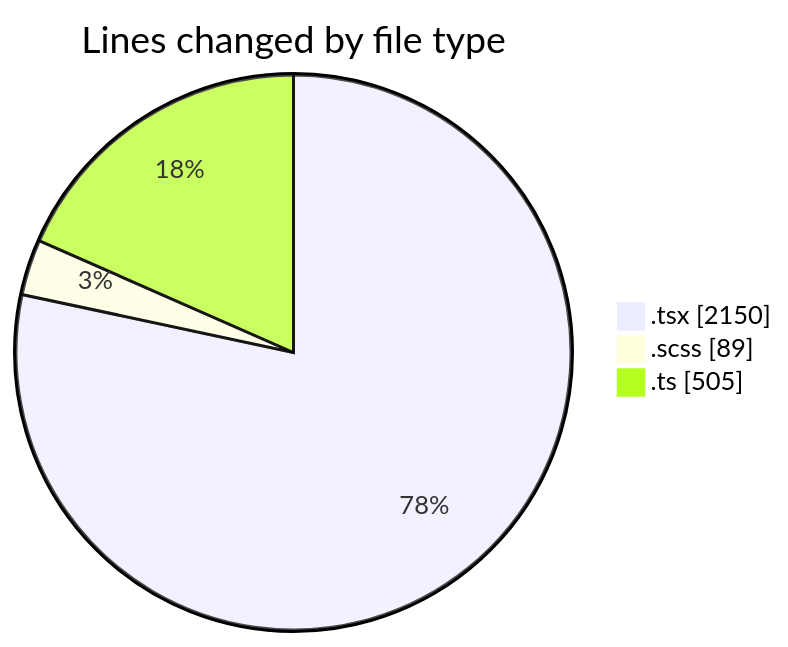
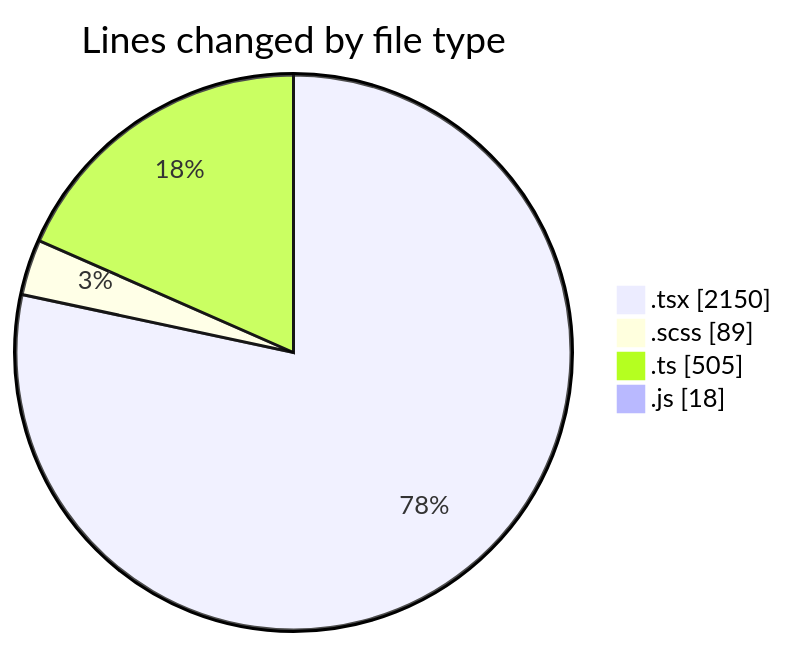
Before and after one commit to momahboobian/code-tracking: the first of 2 diagrams in 2025-06-17/cda/README.md, drawn with Mermaid. The commit also changed other lines of this file and 1 other file, not shown here.

````diff
--- a/2025-06-17/cda/README.md
+++ b/2025-06-17/cda/README.md
@@ -25,7 +26,8 @@
 ```mermaid
 pie showData
 title Lines changed by file type
 ".tsx" : 2150
 ".scss" : 89
 ".ts" : 505
+".js" : 18
 ```
````
